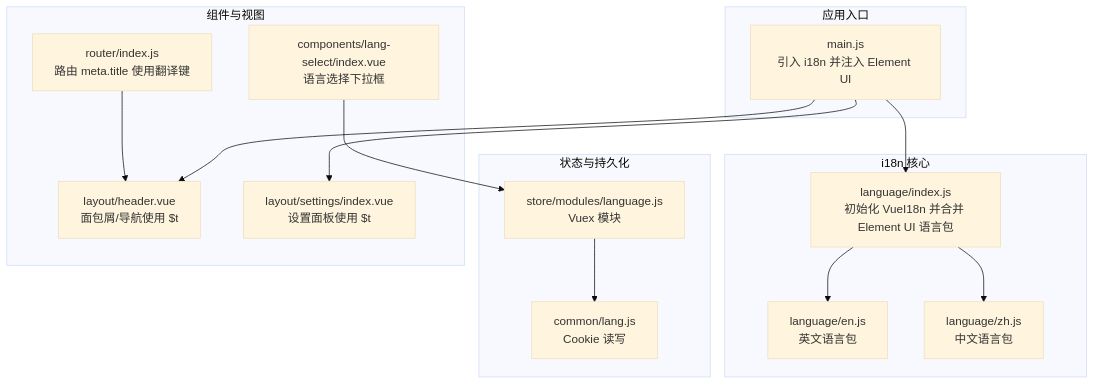
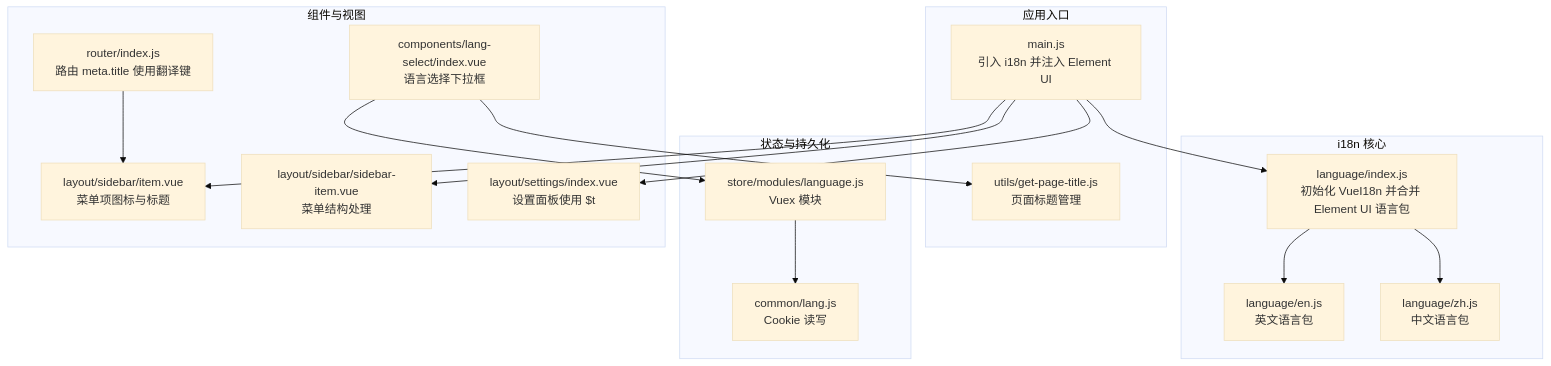
The first of 6 diagrams in .qoder/repowiki/zh/content/核心功能/系统设置/多语言国际化.md (Neveryu/vue-cms), drawn with Mermaid (base theme) before and after one commit. The commit also changed other lines of this file and 11 other files, not shown here.

````diff
--- a/.qoder/repowiki/zh/content/核心功能/系统设置/多语言国际化.md
+++ b/.qoder/repowiki/zh/content/核心功能/系统设置/多语言国际化.md
@@ -49,29 +62,33 @@
 ```mermaid
 graph TB
 subgraph "应用入口"
 MAIN["main.js<br/>引入 i18n 并注入 Element UI"]
+ENDTITLE["utils/get-page-title.js<br/>页面标题管理"]
 end
 subgraph "i18n 核心"
 I18N_INDEX["language/index.js<br/>初始化 VueI18n 并合并 Element UI 语言包"]
 EN["language/en.js<br/>英文语言包"]
 ZH["language/zh.js<br/>中文语言包"]
 end
 subgraph "状态与持久化"
 STORE["store/modules/language.js<br/>Vuex 模块"]
 COMMON_LANG["common/lang.js<br/>Cookie 读写"]
 end
 subgraph "组件与视图"
 LANG_SELECT["components/lang-select/index.vue<br/>语言选择下拉框"]
-HEADER["layout/header.vue<br/>面包屑/导航使用 $t"]
+SIDEBAR_ITEM["layout/sidebar/item.vue<br/>菜单项图标与标题"]
+SIDEBAR_MENU["layout/sidebar/sidebar-item.vue<br/>菜单结构处理"]
 SETTINGS["layout/settings/index.vue<br/>设置面板使用 $t"]
 ROUTER["router/index.js<br/>路由 meta.title 使用翻译键"]
 end
 MAIN --> I18N_INDEX
 I18N_INDEX --> EN
 I18N_INDEX --> ZH
 LANG_SELECT --> STORE
 STORE --> COMMON_LANG
-MAIN --> HEADER
+LANG_SELECT --> ENDTITLE
+MAIN --> SIDEBAR_ITEM
+MAIN --> SIDEBAR_MENU
 MAIN --> SETTINGS
-ROUTER --> HEADER
+ROUTER --> SIDEBAR_ITEM
 ```
````
